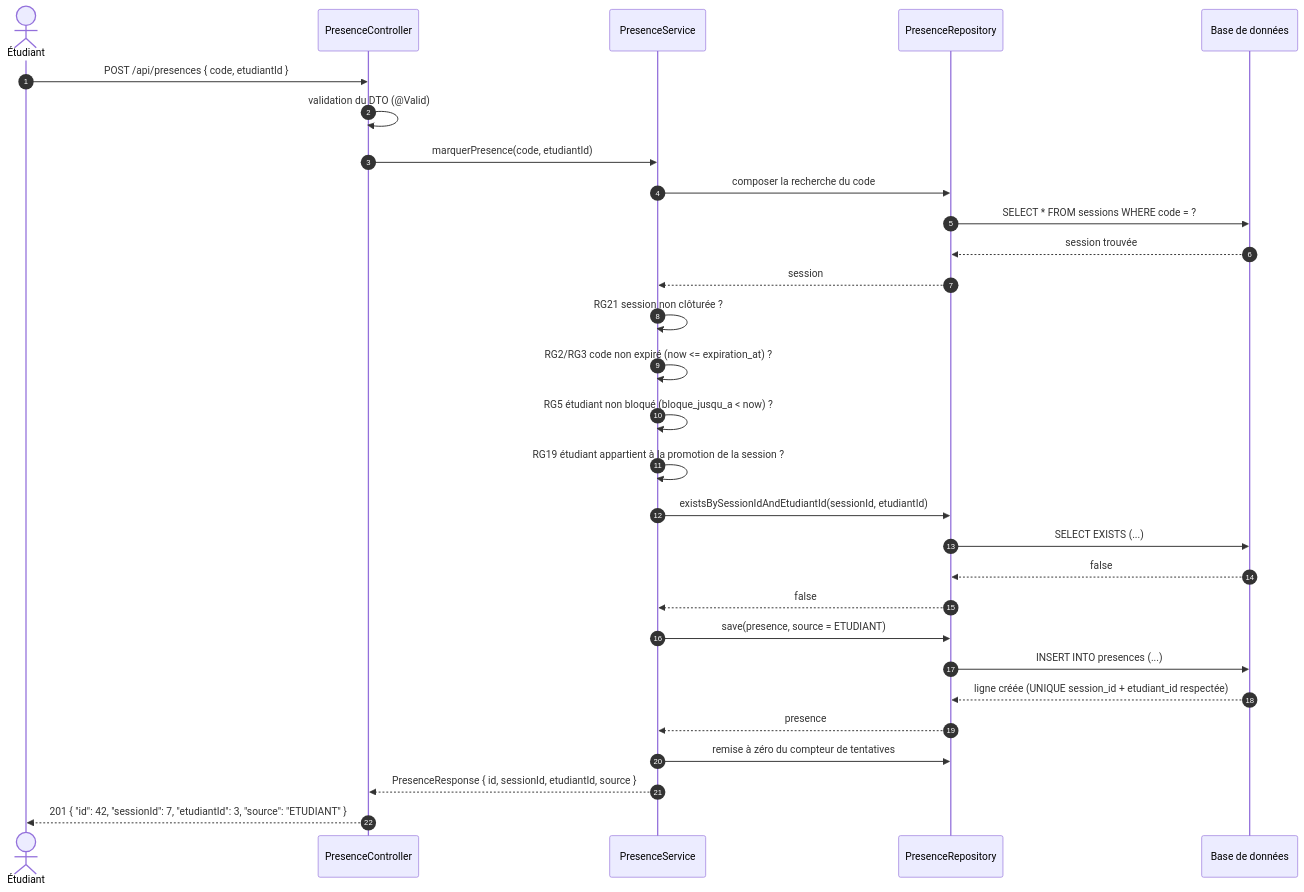
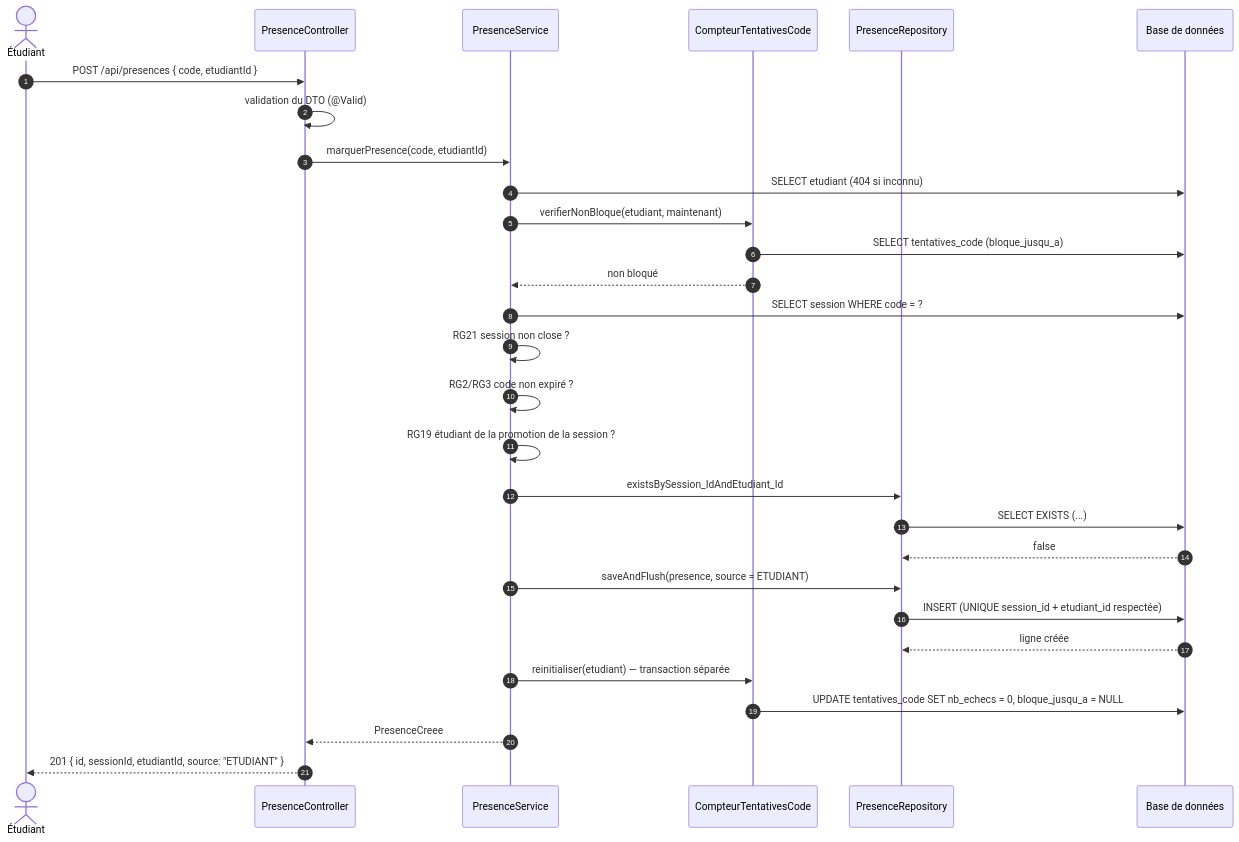
One commit to Ulrichsk/KFOKAM48-EPREUVE-249 changed the first of 4 diagrams in docs/diagrammes/D3.md. Above: the diagram before and after it, drawn with Mermaid. The commit also changed other lines of this file and 10 other files, not shown here.

````diff
--- a/docs/diagrammes/D3.md
+++ b/docs/diagrammes/D3.md
@@ -16,38 +28,37 @@
 ```mermaid
 sequenceDiagram
     autonumber
     actor E as Étudiant
     participant C as PresenceController
     participant S as PresenceService
+    participant K as CompteurTentativesCode
     participant R as PresenceRepository
     participant DB as Base de données
 
     E->>C: POST /api/presences { code, etudiantId }
     C->>C: validation du DTO (@Valid)
     C->>S: marquerPresence(code, etudiantId)
 
-    S->>R: composer la recherche du code
-    R->>DB: SELECT * FROM sessions WHERE code = ?
-    DB-->>R: session trouvée
-    R-->>S: session
+    S->>DB: SELECT etudiant (404 si inconnu)
+    S->>K: verifierNonBloque(etudiant, maintenant)
+    K->>DB: SELECT tentatives_code (bloque_jusqu_a)
+    K-->>S: non bloqué
 
-    S->>S: RG21 session non clôturée ?
-    S->>S: RG2/RG3 code non expiré (now <= expiration_at) ?
-    S->>S: RG5 étudiant non bloqué (bloque_jusqu_a < now) ?
-    S->>S: RG19 étudiant appartient à la promotion de la session ?
+    S->>DB: SELECT session WHERE code = ?
+    S->>S: RG21 session non close ?
+    S->>S: RG2/RG3 code non expiré ?
+    S->>S: RG19 étudiant de la promotion de la session ?
 
-    S->>R: existsBySessionIdAndEtudiantId(sessionId, etudiantId)
+    S->>R: existsBySession_IdAndEtudiant_Id
     R->>DB: SELECT EXISTS (...)
     DB-->>R: false
-    R-->>S: false
 
-    S->>R: save(presence, source = ETUDIANT)
-    R->>DB: INSERT INTO presences (...)
-    DB-->>R: ligne créée (UNIQUE session_id + etudiant_id respectée)
-    R-->>S: presence
+    S->>R: saveAndFlush(presence, source = ETUDIANT)
+    R->>DB: INSERT (UNIQUE session_id + etudiant_id respectée)
+    DB-->>R: ligne créée
 
-    S->>R: remise à zéro du compteur de tentatives
-    S-->>C: PresenceResponse { id, sessionId, etudiantId, source }
-
-    C-->>E: 201 { "id": 42, "sessionId": 7, "etudiantId": 3, "source": "ETUDIANT" }
+    S->>K: reinitialiser(etudiant) — transaction séparée
+    K->>DB: UPDATE tentatives_code SET nb_echecs = 0, bloque_jusqu_a = NULL
+    S-->>C: PresenceCreee
+    C-->>E: 201 { id, sessionId, etudiantId, source: "ETUDIANT" }
 ```
````
